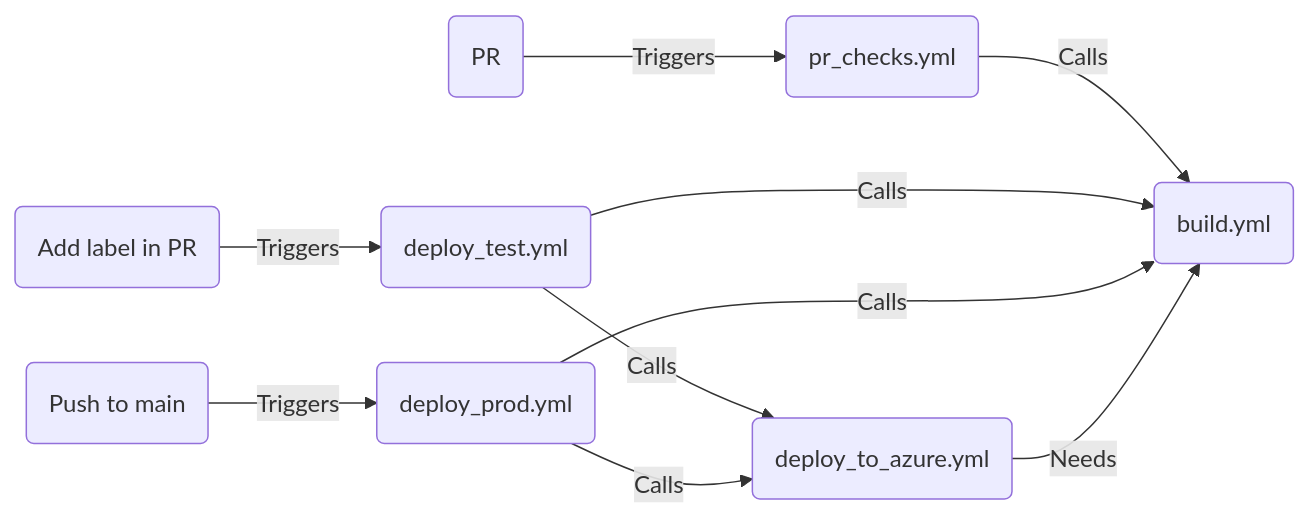
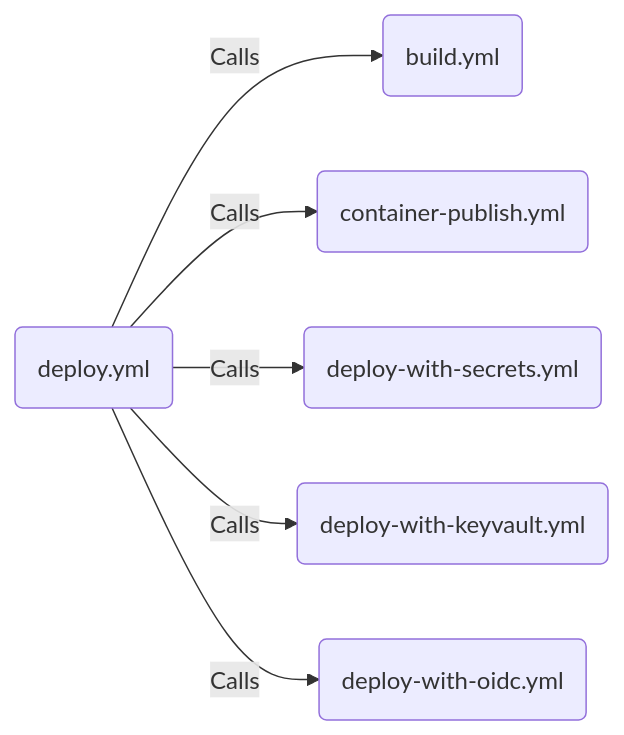
The diagram in README.md (gidavies-org/Deployer), drawn with Mermaid before and after one commit. The commit also changed other lines of this file and 2 other files, not shown here.

````diff
--- a/README.md
+++ b/README.md
@@ -25,13 +13,9 @@
 ```mermaid
 flowchart LR
 
-A(PR) -->|Triggers| B(pr_checks.yml)
-B -->|Calls| C(build.yml)
-D(Add label in PR) -->|Triggers| E(deploy_test.yml)
-E -->|Calls| C(build.yml)
-E -->|Calls| F(deploy_to_azure.yml)
-G(Push to main) -->|Triggers| H(deploy_prod.yml)
-H -->|Calls| C(build.yml)
-H -->|Calls| F(deploy_to_azure.yml)
-F -->|Needs| C(build.yml)
+A(deploy.yml) -->|Calls| B(build.yml)
+A(deploy.yml) -->|Calls| C(container-publish.yml)
+A(deploy.yml) -->|Calls| D(deploy-with-secrets.yml)
+A(deploy.yml) -->|Calls| E(deploy-with-keyvault.yml)
+A(deploy.yml) -->|Calls| F(deploy-with-oidc.yml)
 ```
````
